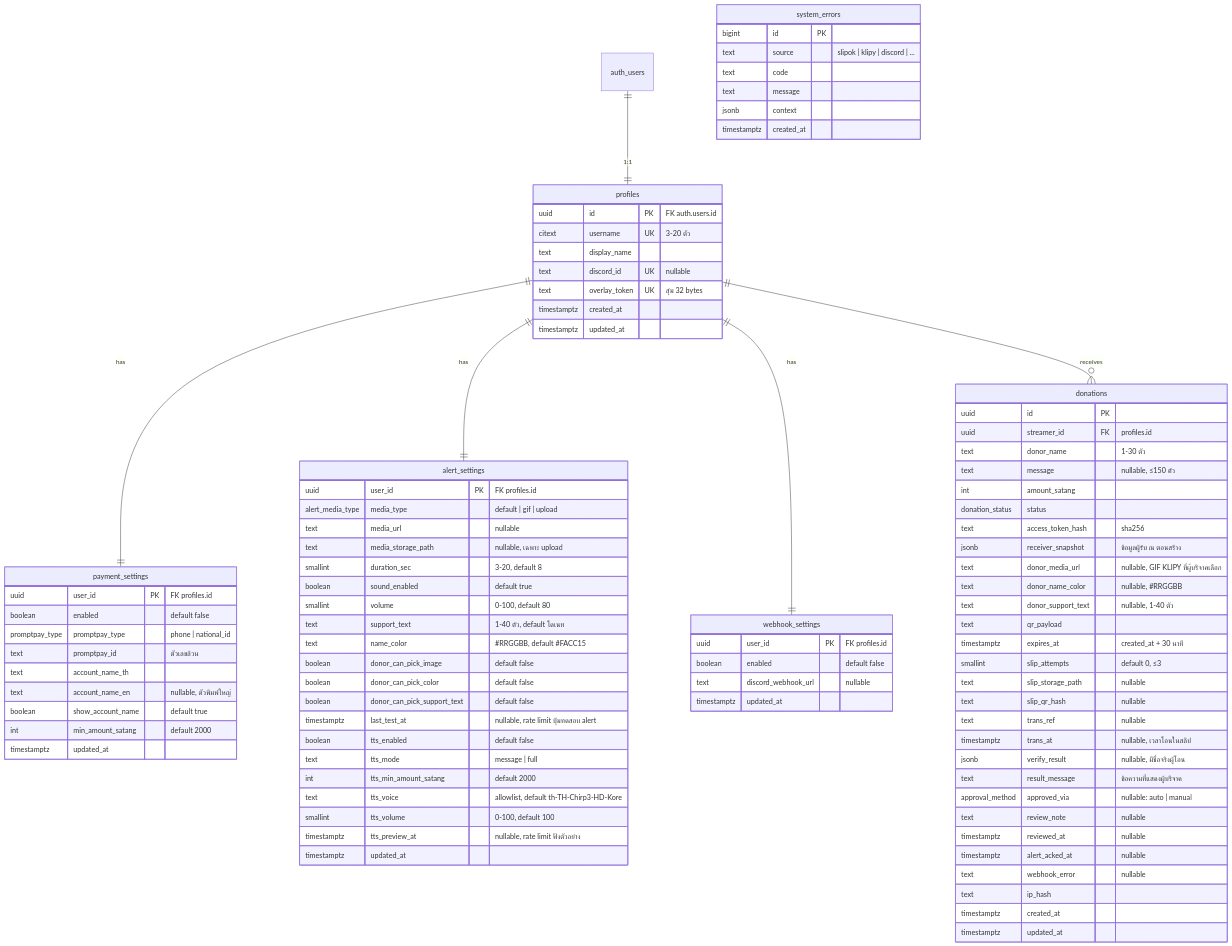
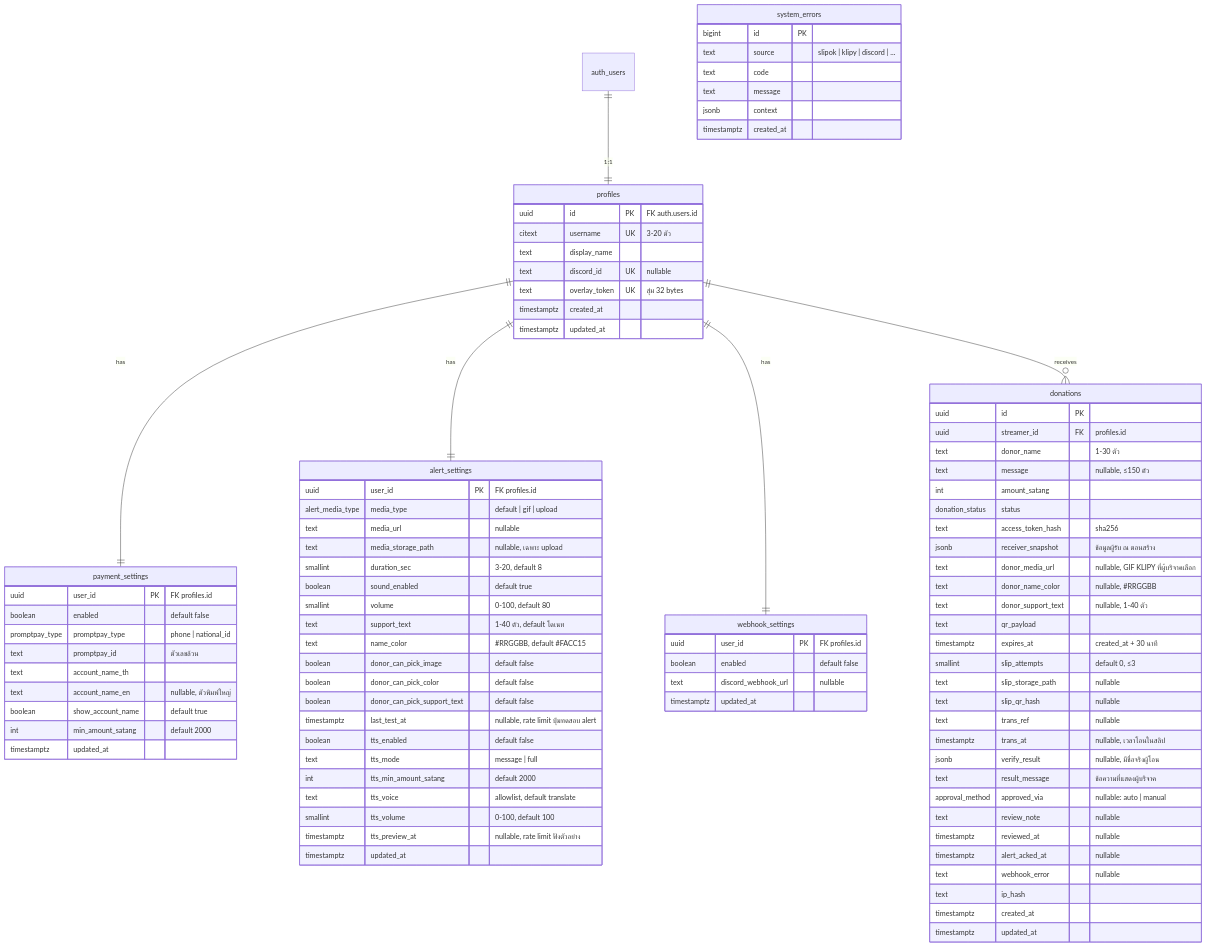
One commit to autosuwan/kortangnoi changed the diagram in docs/er.md. Above: the diagram before and after it, drawn with Mermaid. The commit also changed 20 other files, not shown here.

First line of the commit message:
F13: default to the free Google Translate voice, played from the browser

```diff
--- a/docs/er.md
+++ b/docs/er.md
@@ -49,7 +49,7 @@
     boolean tts_enabled "default false"
     text tts_mode "message | full"
     int tts_min_amount_satang "default 2000"
-    text tts_voice "allowlist, default th-TH-Chirp3-HD-Kore"
+    text tts_voice "allowlist, default translate"
     smallint tts_volume "0-100, default 100"
     timestamptz tts_preview_at "nullable, rate limit ฟังตัวอย่าง"
     timestamptz updated_at
```
